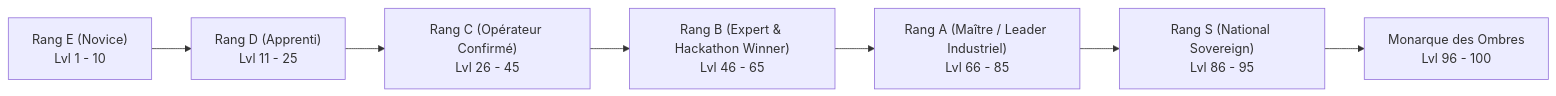
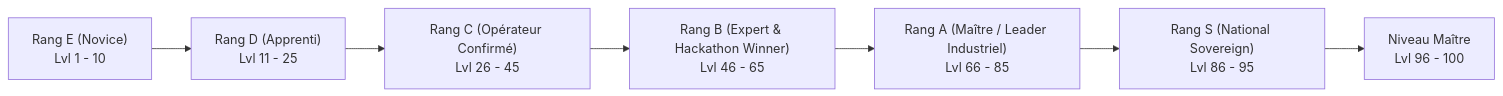
One commit to GeovanioH/LevelUp changed the third of 5 diagrams in docs/01-PRD.md. Above: the diagram before and after it, drawn with Mermaid. The commit also changed other lines of this file and 12 other files, not shown here.

````diff
--- a/docs/01-PRD.md
+++ b/docs/01-PRD.md
@@ -539,9 +484,9 @@
 ```mermaid
 flowchart LR
     E["Rang E (Novice)<br>Lvl 1 - 10"] --> D["Rang D (Apprenti)<br>Lvl 11 - 25"]
     D --> C["Rang C (Opérateur Confirmé)<br>Lvl 26 - 45"]
     C --> B["Rang B (Expert & Hackathon Winner)<br>Lvl 46 - 65"]
     B --> A["Rang A (Maître / Leader Industriel)<br>Lvl 66 - 85"]
     A --> S["Rang S (National Sovereign)<br>Lvl 86 - 95"]
-    S --> Monarch["Monarque des Ombres<br>Lvl 96 - 100"]
+    S --> Monarch["Niveau Maître<br>Lvl 96 - 100"]
 ```
````
